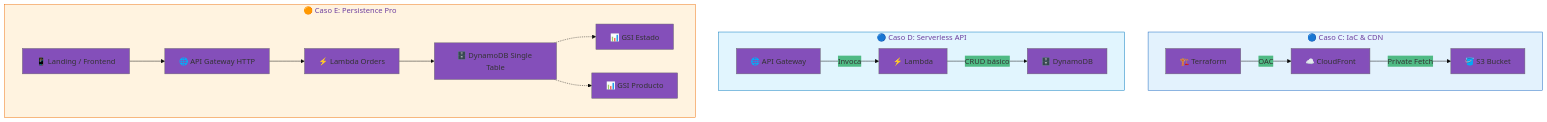
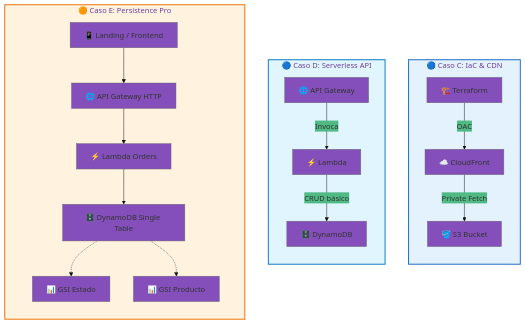
Before and after one commit to vladimiracunadev-create/proyectos-aws: the second of 4 diagrams in docs/ARCHITECTURE.md, drawn with Mermaid. The commit also changed other lines of this file and 1 other file, not shown here.

Commit message:
docs: optimize diagram readability with vertical orientation and larger fonts

````diff
--- a/docs/ARCHITECTURE.md
+++ b/docs/ARCHITECTURE.md
@@ -47,25 +49,28 @@
 ```mermaid
-%%{init: {'theme': 'base', 'themeVariables': { 'primaryColor': '#844FBA', 'edgeColor': '#2496ED' }}}%%
+%%{init: {'theme': 'base', 'themeVariables': { 'primaryColor': '#844FBA', 'edgeColor': '#2496ED', 'fontsize': '16px' }}}%%
 graph TB
     subgraph Tier2_C["🔵 Caso C: IaC & CDN"]
+        direction TB
         C1[🏗️ Terraform] -->|OAC| C2[☁️ CloudFront]
         C2 -->|Private Fetch| C3[🪣 S3 Bucket]
     end
 
     subgraph Tier2_D["🔵 Caso D: Serverless API"]
+        direction TB
         D1[🌐 API Gateway] -->|Invoca| D2[⚡ Lambda]
         D2 -->|CRUD básico| D3[🗄️ DynamoDB]
     end
 
     subgraph Tier2_E["🟠 Caso E: Persistence Pro"]
+        direction TB
         E1[📱 Landing / Frontend] --> E2[🌐 API Gateway HTTP]
         E2 --> E3[⚡ Lambda Orders]
         E3 --> E4[🗄️ DynamoDB Single Table]
         E4 -.-> E5[📊 GSI Estado]
         E4 -.-> E6[📊 GSI Producto]
     end
 
-    style Tier2_C fill:#e3f2fd,stroke:#1565c0
-    style Tier2_D fill:#e1f5fe,stroke:#0277bd
-    style Tier2_E fill:#fff3e0,stroke:#ef6c00
+    style Tier2_C fill:#e3f2fd,stroke:#1565c0,stroke-width:2px
+    style Tier2_D fill:#e1f5fe,stroke:#0277bd,stroke-width:2px
+    style Tier2_E fill:#fff3e0,stroke:#ef6c00,stroke-width:2px
 ```
````
